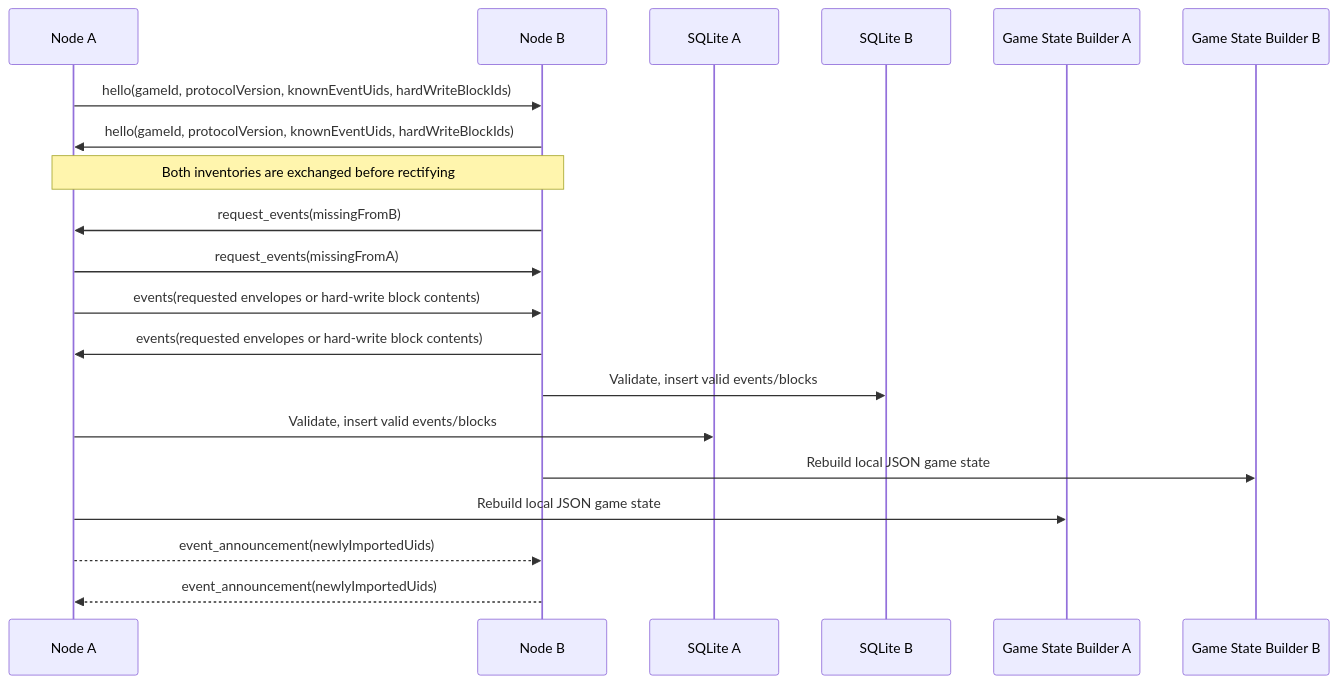
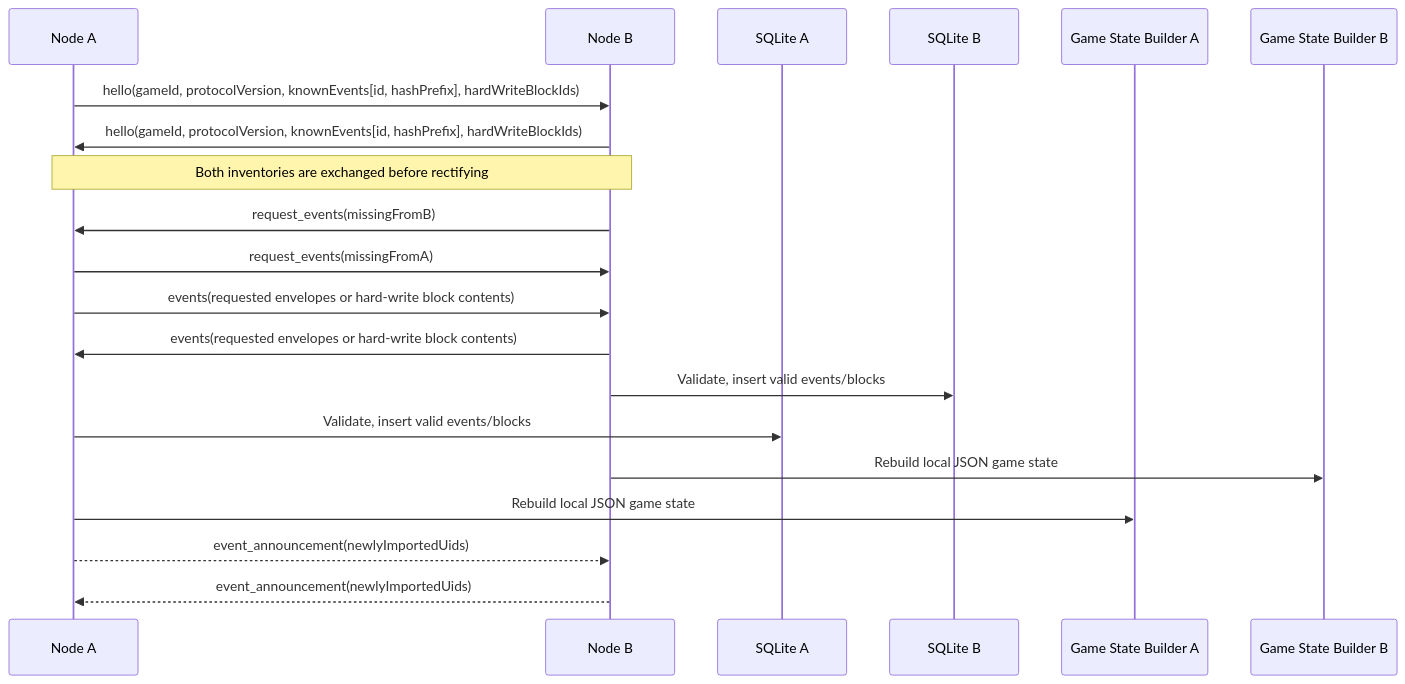
The fourth of 5 diagrams in docs/design-doc-v1.md (Gabriel-Gerdes/HumanHaunt), drawn with Mermaid before and after one commit. The commit also changed other lines of this file, not shown here.

````diff
--- a/docs/design-doc-v1.md
+++ b/docs/design-doc-v1.md
@@ -746,23 +756,23 @@
 ```mermaid
 sequenceDiagram
   participant A as Node A
   participant B as Node B
   participant StoreA as SQLite A
   participant StoreB as SQLite B
   participant BuilderA as Game State Builder A
   participant BuilderB as Game State Builder B
 
-  A->>B: hello(gameId, protocolVersion, knownEventUids, hardWriteBlockIds)
-  B->>A: hello(gameId, protocolVersion, knownEventUids, hardWriteBlockIds)
+  A->>B: hello(gameId, protocolVersion, knownEvents[id, hashPrefix], hardWriteBlockIds)
+  B->>A: hello(gameId, protocolVersion, knownEvents[id, hashPrefix], hardWriteBlockIds)
   Note over A,B: Both inventories are exchanged before rectifying
   B->>A: request_events(missingFromB)
   A->>B: request_events(missingFromA)
   A->>B: events(requested envelopes or hard-write block contents)
   B->>A: events(requested envelopes or hard-write block contents)
   B->>StoreB: Validate, insert valid events/blocks
   A->>StoreA: Validate, insert valid events/blocks
   B->>BuilderB: Rebuild local JSON game state
   A->>BuilderA: Rebuild local JSON game state
   A-->>B: event_announcement(newlyImportedUids)
   B-->>A: event_announcement(newlyImportedUids)
 ```
````
